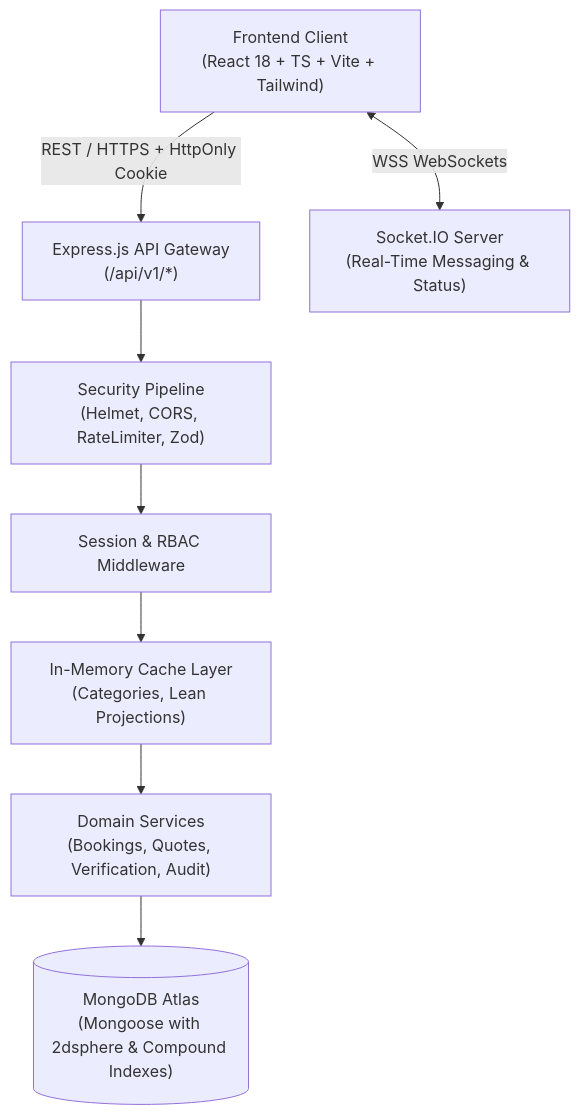
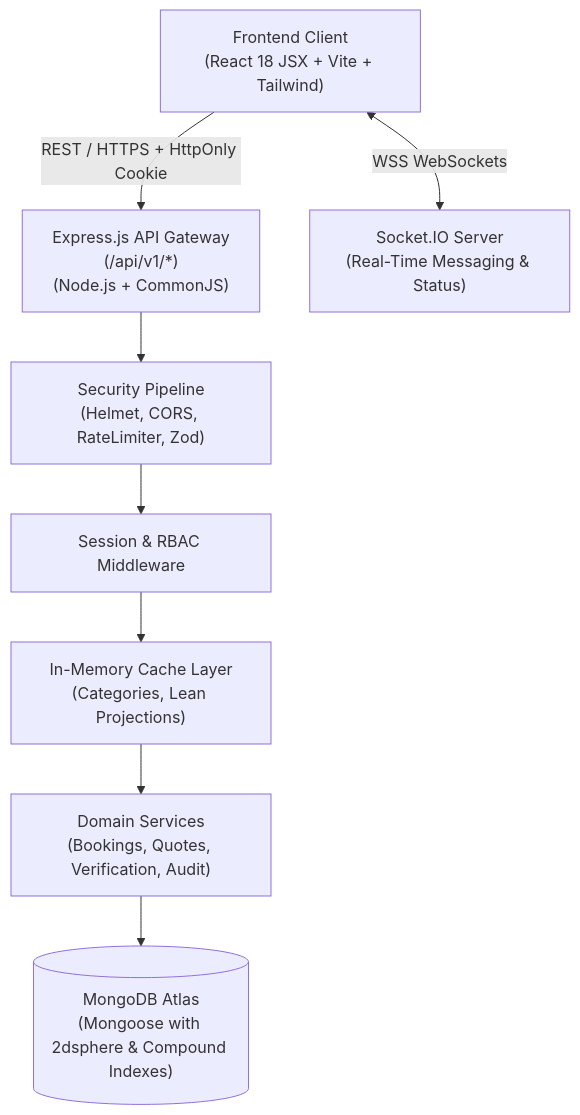
One commit to petersisay/lehulu changed the first of 2 diagrams in README.md. Above: the diagram before and after it, drawn with Mermaid. The commit also changed other lines of this file, not shown here.

````diff
--- a/README.md
+++ b/README.md
@@ -42,10 +42,10 @@
 ```mermaid
 flowchart TD
-    Client["Frontend Client\n(React 18 + TS + Vite + Tailwind)"] -->|REST / HTTPS + HttpOnly Cookie| Gateway["Express.js API Gateway\n(/api/v1/*)"]
+    Client["Frontend Client\n(React 18 JSX + Vite + Tailwind)"] -->|REST / HTTPS + HttpOnly Cookie| Gateway["Express.js API Gateway\n(/api/v1/*)\n(Node.js + CommonJS)"]
     Client <-->|WSS WebSockets| SocketServer["Socket.IO Server\n(Real-Time Messaging & Status)"]
     Gateway --> Security["Security Pipeline\n(Helmet, CORS, RateLimiter, Zod)"]
     Security --> AuthMW["Session & RBAC Middleware"]
     AuthMW --> Cache["In-Memory Cache Layer\n(Categories, Lean Projections)"]
     Cache --> Services["Domain Services\n(Bookings, Quotes, Verification, Audit)"]
     Services --> DB[("MongoDB Atlas\n(Mongoose with 2dsphere & Compound Indexes)")]
 ```
````
